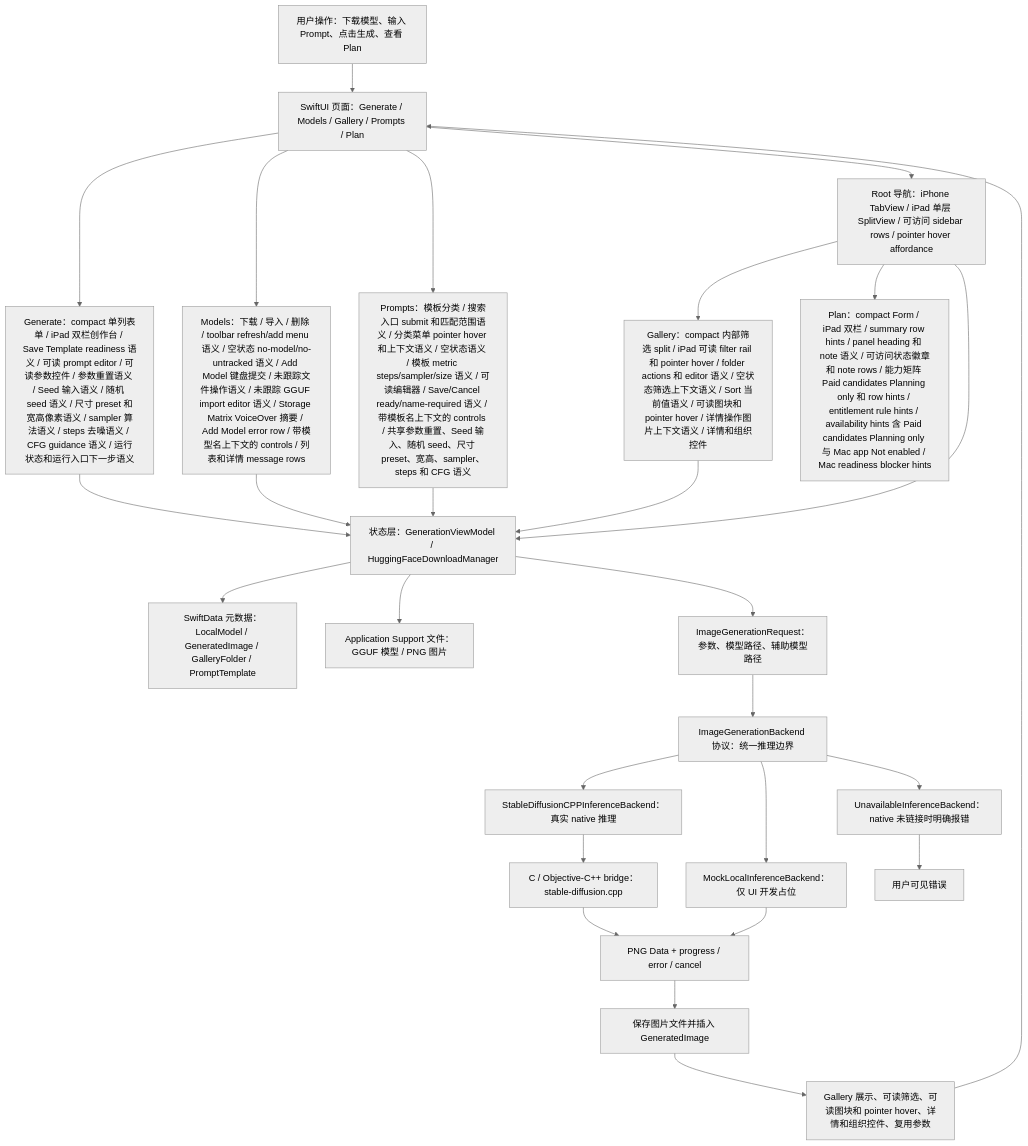
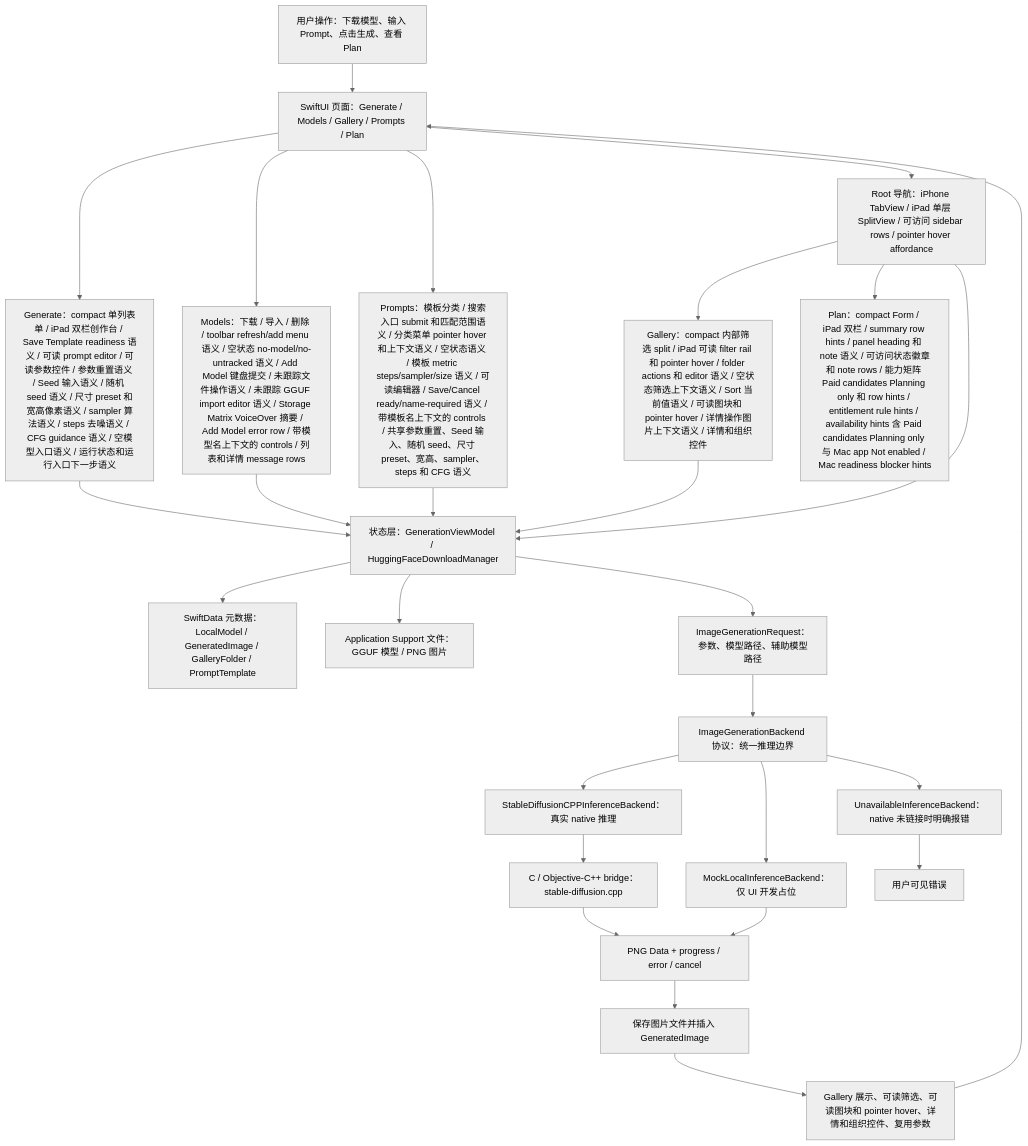
The first of 7 diagrams in md/flow/flowchart.md (Altman-sam114/118), drawn with Mermaid (neutral theme) before and after one commit. The commit also changed 5 other files, not shown here.

````diff
--- a/md/flow/flowchart.md
+++ b/md/flow/flowchart.md
@@ -9,29 +9,29 @@
 ```mermaid
 flowchart TD
   U["用户操作：下载模型、输入 Prompt、点击生成、查看 Plan"] --> UI["SwiftUI 页面：Generate / Models / Gallery / Prompts / Plan"]
-  UI --> GENUI["Generate：compact 单列表单 / iPad 双栏创作台 / Save Template readiness 语义 / 可读 prompt editor / 可读参数控件 / 参数重置语义 / Seed 输入语义 / 随机 seed 语义 / 尺寸 preset 和宽高像素语义 / sampler 算法语义 / steps 去噪语义 / CFG guidance 语义 / 运行状态和运行入口下一步语义"]
+  UI --> GENUI["Generate：compact 单列表单 / iPad 双栏创作台 / Save Template readiness 语义 / 可读 prompt editor / 可读参数控件 / 参数重置语义 / Seed 输入语义 / 随机 seed 语义 / 尺寸 preset 和宽高像素语义 / sampler 算法语义 / steps 去噪语义 / CFG guidance 语义 / 空模型入口语义 / 运行状态和运行入口下一步语义"]
   UI --> MODELUI["Models：下载 / 导入 / 删除 / toolbar refresh/add menu 语义 / 空状态 no-model/no-untracked 语义 / Add Model 键盘提交 / 未跟踪文件操作语义 / 未跟踪 GGUF import editor 语义 / Storage Matrix VoiceOver 摘要 / Add Model error row / 带模型名上下文的 controls / 列表和详情 message rows"]
   UI --> PROMPTUI["Prompts：模板分类 / 搜索入口 submit 和匹配范围语义 / 分类菜单 pointer hover 和上下文语义 / 空状态语义 / 模板 metric steps/sampler/size 语义 / 可读编辑器 / Save/Cancel ready/name-required 语义 / 带模板名上下文的 controls / 共享参数重置、Seed 输入、随机 seed、尺寸 preset、宽高、sampler、steps 和 CFG 语义"]
   UI --> NAV["Root 导航：iPhone TabView / iPad 单层 SplitView / 可访问 sidebar rows / pointer hover affordance"]
   NAV --> GALUI["Gallery：compact 内部筛选 split / iPad 可读 filter rail 和 pointer hover / folder actions 和 editor 语义 / 空状态筛选上下文语义 / Sort 当前值语义 / 可读图块和 pointer hover / 详情操作图片上下文语义 / 详情和组织控件"]
   NAV --> PLANUI["Plan：compact Form / iPad 双栏 / summary row hints / panel heading 和 note 语义 / 可访问状态徽章和 note rows / 能力矩阵 Paid candidates Planning only 和 row hints / entitlement rule hints / availability hints 含 Paid candidates Planning only 与 Mac app Not enabled / Mac readiness blocker hints"]
   NAV --> VM["状态层：GenerationViewModel / HuggingFaceDownloadManager"]
   GENUI --> VM
   MODELUI --> VM
   PROMPTUI --> VM
   GALUI --> VM
   VM --> SD["SwiftData 元数据：LocalModel / GeneratedImage / GalleryFolder / PromptTemplate"]
   VM --> FS["Application Support 文件：GGUF 模型 / PNG 图片"]
   VM --> REQ["ImageGenerationRequest：参数、模型路径、辅助模型路径"]
   REQ --> IFACE["ImageGenerationBackend 协议：统一推理边界"]
   IFACE --> NATIVE["StableDiffusionCPPInferenceBackend：真实 native 推理"]
   IFACE --> MOCK["MockLocalInferenceBackend：仅 UI 开发占位"]
   IFACE --> OFF["UnavailableInferenceBackend：native 未链接时明确报错"]
   NATIVE --> BRIDGE["C / Objective-C++ bridge：stable-diffusion.cpp"]
   BRIDGE --> PNG["PNG Data + progress / error / cancel"]
   MOCK --> PNG
   OFF --> ERR["用户可见错误"]
   PNG --> SAVE["保存图片文件并插入 GeneratedImage"]
   SAVE --> GALLERY["Gallery 展示、可读筛选、可读图块和 pointer hover、详情和组织控件、复用参数"]
   GALLERY --> UI
 ```
````
